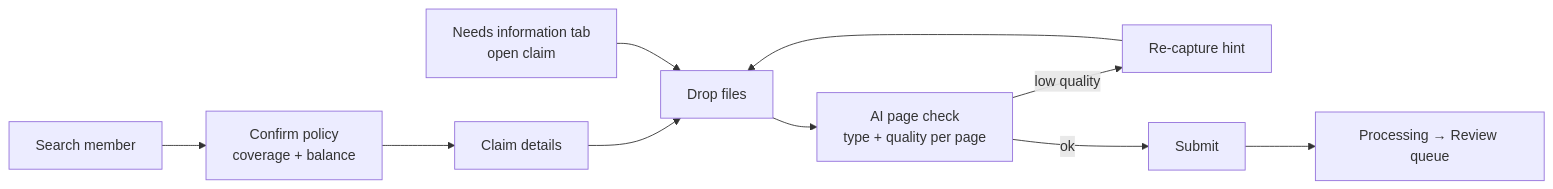
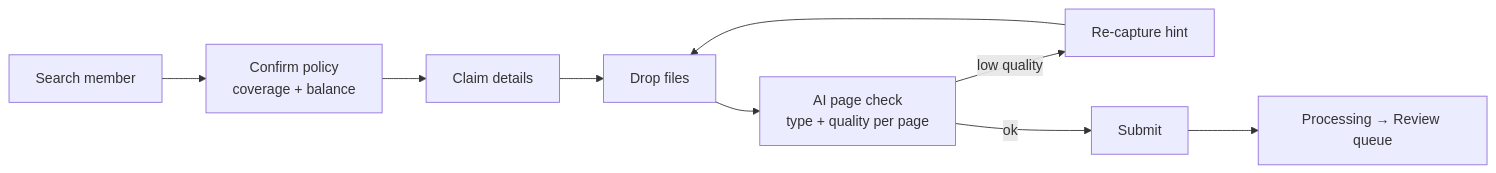
The third of 4 diagrams in docs/04-information-architecture.md (cuonglpv/PMDC-AITHUCCHIEN), drawn with Mermaid before and after one commit. The commit also changed other lines of this file and 25 other files, not shown here.

````diff
--- a/docs/04-information-architecture.md
+++ b/docs/04-information-architecture.md
@@ -234,8 +208,7 @@
 ```mermaid
 flowchart LR
     a["Search member"] --> b["Confirm policy<br/>coverage + balance"] --> c["Claim details"] --> d["Drop files"]
     d --> e["AI page check<br/>type + quality per page"]
     e -->|low quality| f["Re-capture hint"] --> d
     e -->|ok| g["Submit"] --> h["Processing → Review queue"]
-    n["Needs information tab<br/>open claim"] --> d
 ```
````
